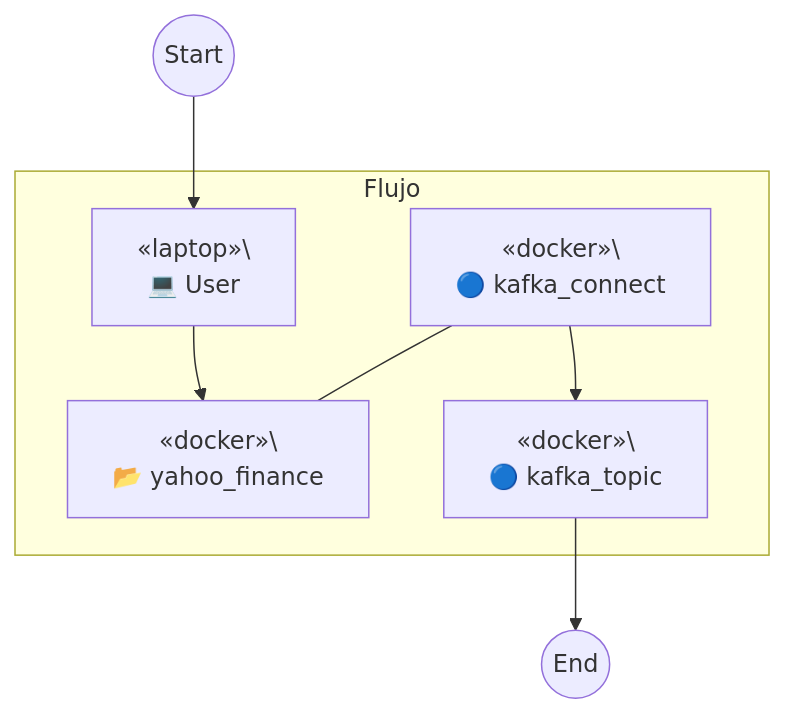
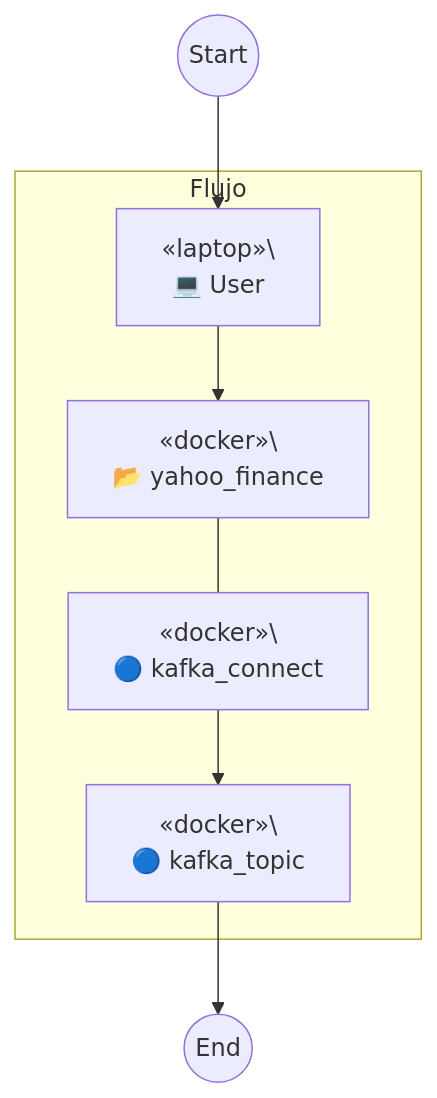
One commit to TrulyDigital/DATA_STREET changed the fourth of 4 diagrams in server_sftp/README.md. Above: the diagram before and after it, drawn with Mermaid.

Commit message:
feat: server-sftp uptade

````diff
--- a/server_sftp/README.md
+++ b/server_sftp/README.md
@@ -56,15 +56,15 @@
 ```mermaid
 graph TD
     subgraph Container_A [Flujo]
         A[«laptop»\<br/> 💻 User]
         B[«docker»\<br/> 📂 yahoo_finance]
         C[«docker»\<br/> 🔵 kafka_connect]
         D[«docker»\<br/> 🔵 kafka_topic]
     end
 
     Start((Start)) --> A
     A --> B
-    C --- B
+    B --- C
     C --> D
     D --> End((End))
 ```
````
